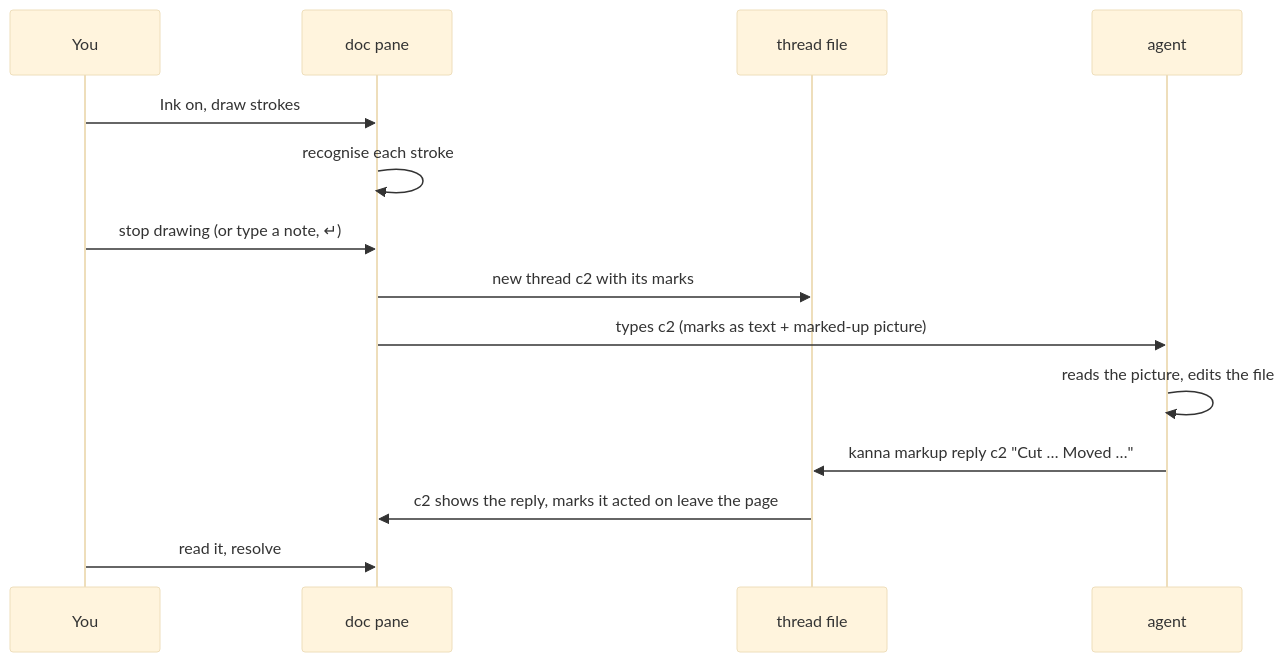
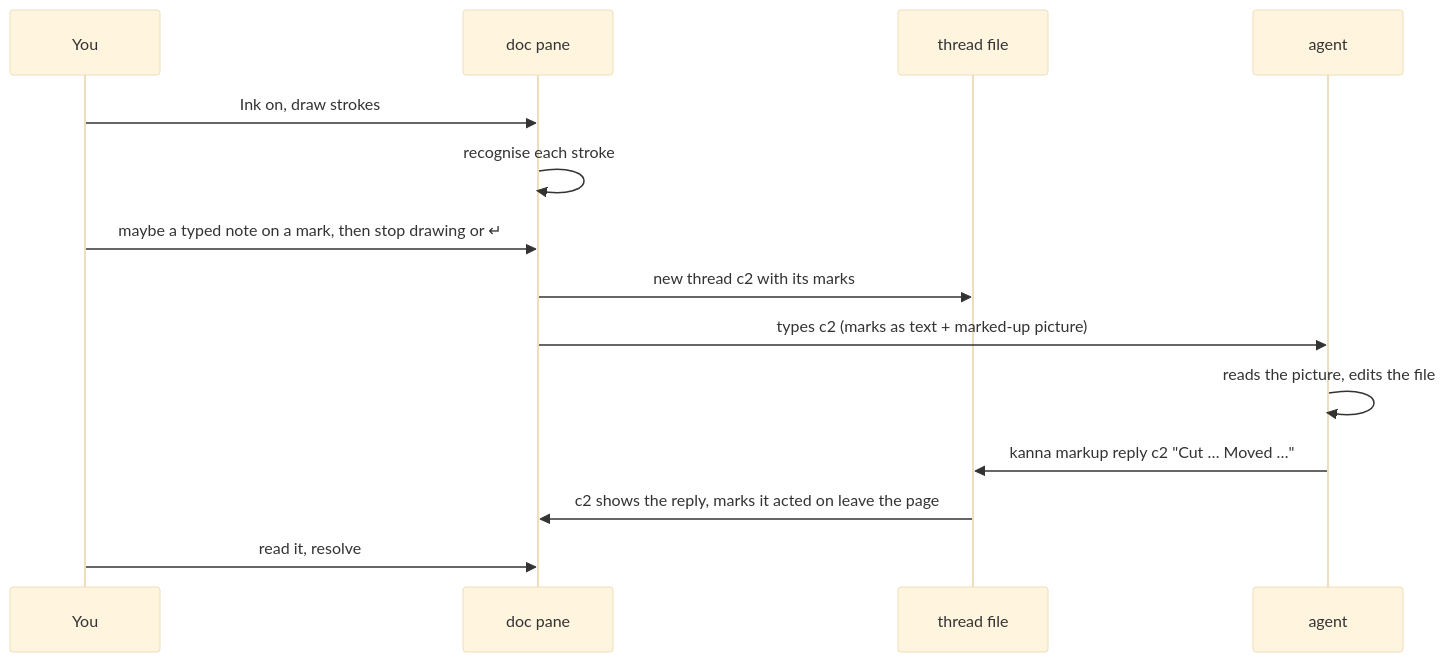
Before and after one commit to tampopogk/kanna: the first of 2 diagrams in docs/specs/ink-markup.md, drawn with Mermaid (base theme). The commit also changed other lines of this file and 5 other files, not shown here.

````diff
--- a/docs/specs/ink-markup.md
+++ b/docs/specs/ink-markup.md
@@ -21,16 +21,16 @@
 ```mermaid
 sequenceDiagram
     participant You
     participant Doc as doc pane
     participant F as thread file
     participant A as agent
     You->>Doc: Ink on, draw strokes
     Doc->>Doc: recognise each stroke
-    You->>Doc: stop drawing (or type a note, ↵)
+    You->>Doc: maybe a typed note on a mark, then stop drawing or ↵
     Doc->>F: new thread c2 with its marks
     Doc->>A: types c2 (marks as text + marked-up picture)
     A->>A: reads the picture, edits the file
     A->>F: kanna markup reply c2 "Cut … Moved …"
     F->>Doc: c2 shows the reply, marks it acted on leave the page
     You->>Doc: read it, resolve
 ```
````
